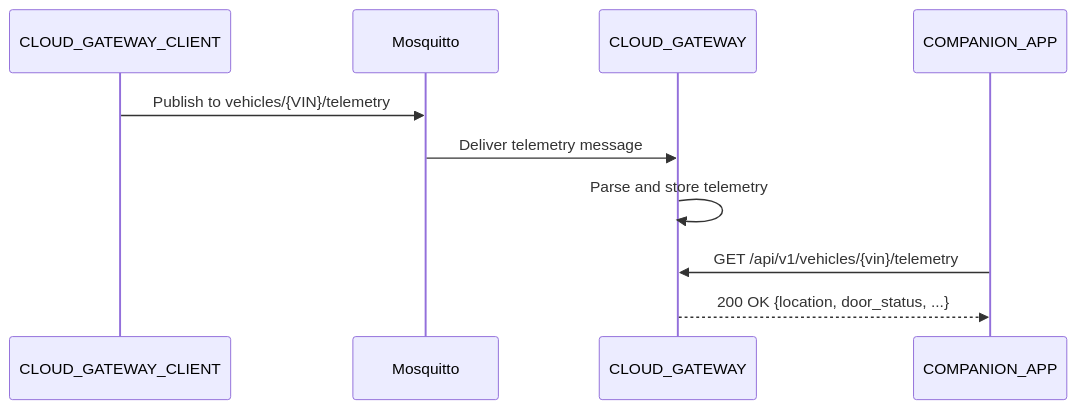
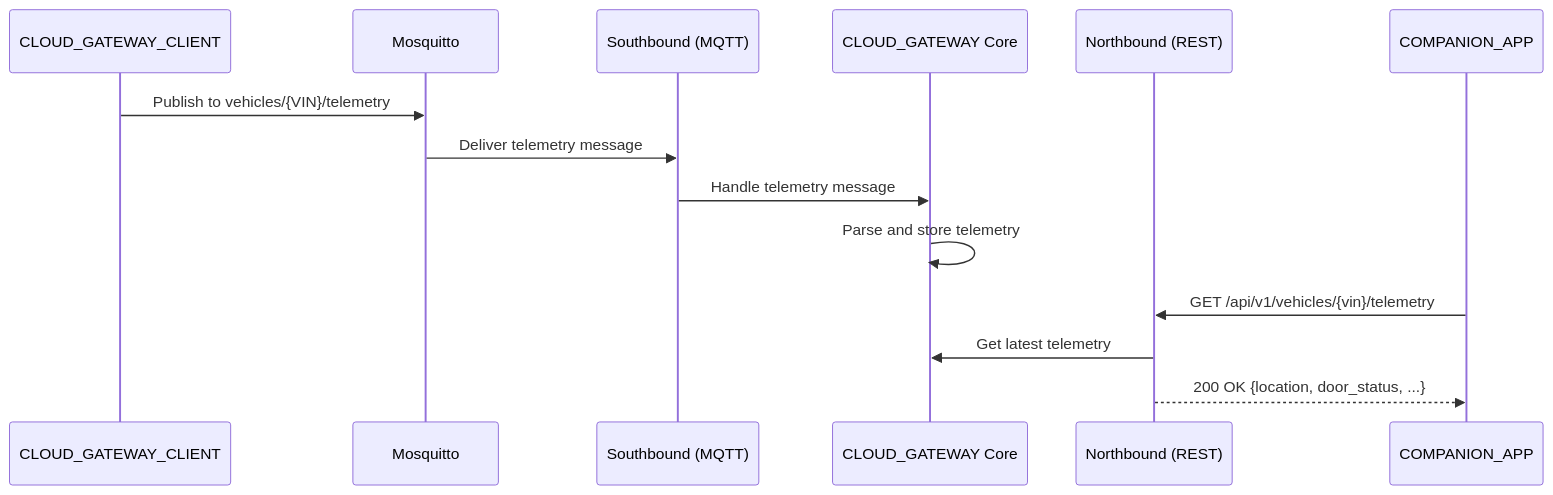
One commit to rhadp/parking-fee-service changed the fifth of 5 diagrams in .kiro/specs/cloud-gateway/design.md. Above: the diagram before and after it, drawn with Mermaid. The commit also changed other lines of this file and 1 other file, not shown here.

Commit message:
Updated introduction to clearly describe the two interfaces (Northbound REST API for COMPANION_APP, Southbound MQTT for CLOUD_GATEWAY_CLIENT)

````diff
--- a/.kiro/specs/cloud-gateway/design.md
+++ b/.kiro/specs/cloud-gateway/design.md
@@ -111,14 +164,18 @@
 ```mermaid
 sequenceDiagram
     participant CGC as CLOUD_GATEWAY_CLIENT
     participant MQ as Mosquitto
-    participant CG as CLOUD_GATEWAY
+    participant SB as Southbound (MQTT)
+    participant CG as CLOUD_GATEWAY Core
+    participant NB as Northbound (REST)
     participant CA as COMPANION_APP
     
     CGC->>MQ: Publish to vehicles/{VIN}/telemetry
-    MQ->>CG: Deliver telemetry message
+    MQ->>SB: Deliver telemetry message
+    SB->>CG: Handle telemetry message
     CG->>CG: Parse and store telemetry
     
-    CA->>CG: GET /api/v1/vehicles/{vin}/telemetry
-    CG-->>CA: 200 OK {location, door_status, ...}
+    CA->>NB: GET /api/v1/vehicles/{vin}/telemetry
+    NB->>CG: Get latest telemetry
+    NB-->>CA: 200 OK {location, door_status, ...}
 ```
````
